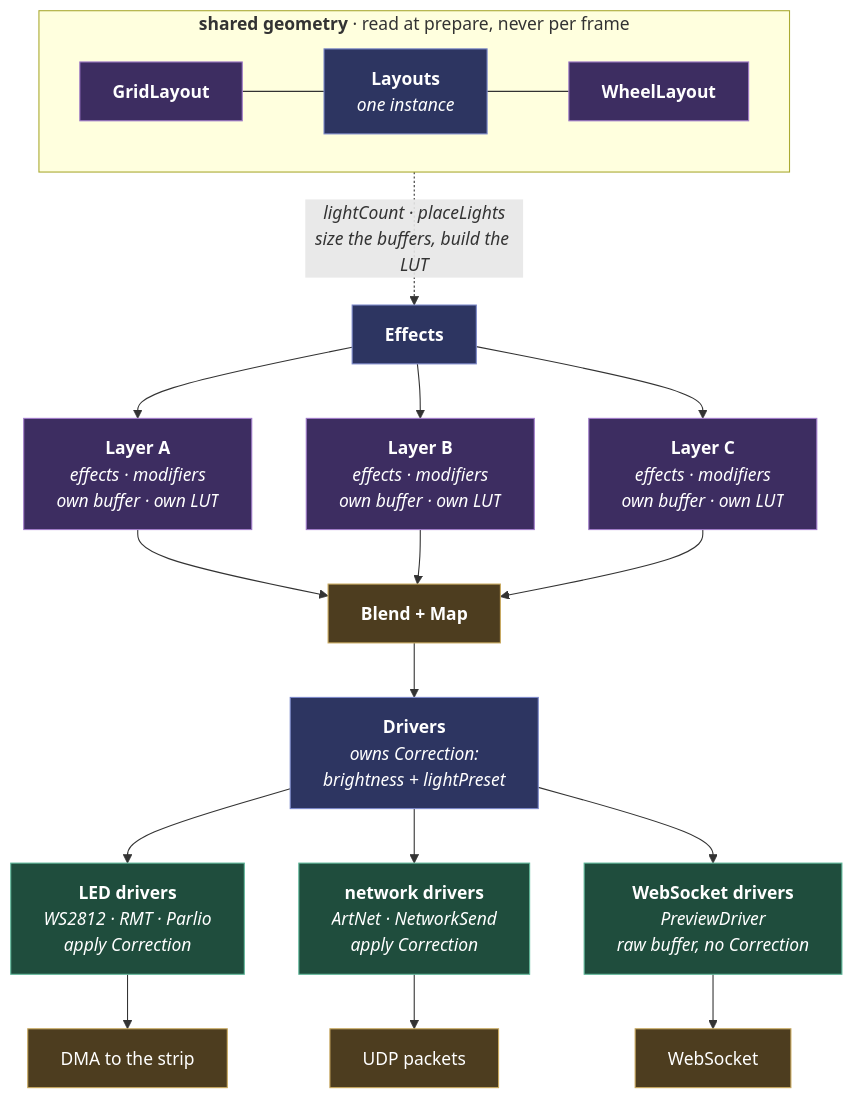
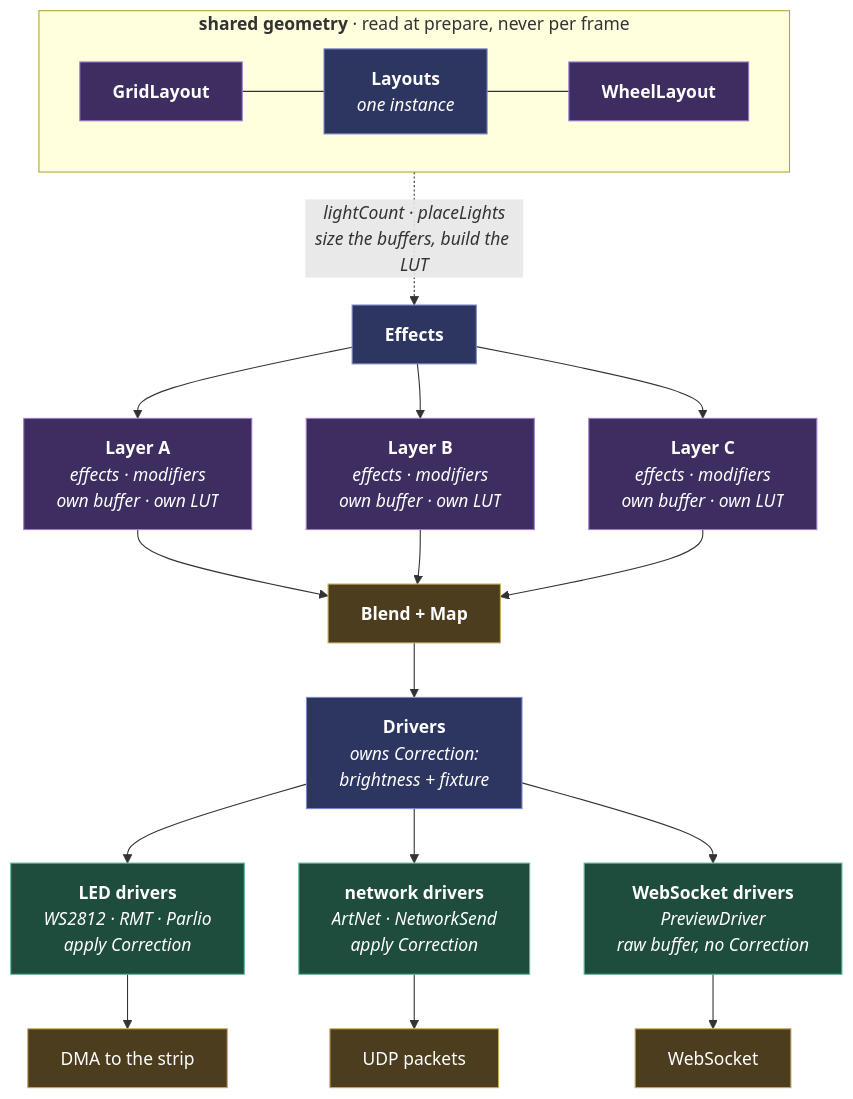
Before and after one commit to MoonModules/MoonLight: the diagram in docs/explanation/architecture/moonlight.md, drawn with Mermaid. The commit also changed other lines of this file and 86 other files, not shown here.

````diff
--- a/docs/explanation/architecture/moonlight.md
+++ b/docs/explanation/architecture/moonlight.md
@@ -11,43 +11,43 @@
 ```mermaid
 flowchart TB
     subgraph shared["<b>shared geometry</b> · read at prepare, never per frame"]
         direction LR
         grid["<b>GridLayout</b>"]
         layouts["<b>Layouts</b><br/><i>one instance</i>"]
         wheel["<b>WheelLayout</b>"]
         grid --- layouts --- wheel
     end
 
     effects["<b>Effects</b>"]
     shared -.->|"<i>lightCount · placeLights<br/>size the buffers, build the LUT</i>"| effects
 
     a["<b>Layer A</b><br/><i>effects · modifiers</i><br/><i>own buffer · own LUT</i>"]
     b["<b>Layer B</b><br/><i>effects · modifiers</i><br/><i>own buffer · own LUT</i>"]
     c["<b>Layer C</b><br/><i>effects · modifiers</i><br/><i>own buffer · own LUT</i>"]
     effects --> a & b & c
 
     blend["<b>Blend + Map</b>"]
     a & b & c --> blend
 
-    drivers["<b>Drivers</b><br/><i>owns Correction:<br/>brightness + lightPreset</i>"]
+    drivers["<b>Drivers</b><br/><i>owns Correction:<br/>brightness + fixture</i>"]
     blend --> drivers
 
     led["<b>LED drivers</b><br/><i>WS2812 · RMT · Parlio</i><br/><i>apply Correction</i>"]
     net["<b>network drivers</b><br/><i>ArtNet · NetworkSend</i><br/><i>apply Correction</i>"]
     prev["<b>WebSocket drivers</b><br/><i>PreviewDriver</i><br/><i>raw buffer, no Correction</i>"]
     drivers --> led & net & prev
 
     led --> dma["DMA to the strip"]
     net --> udp["UDP packets"]
     prev --> sock["WebSocket"]
 
     classDef po fill:#2d3561,stroke:#7b88c9,color:#fff
     classDef agent fill:#3d2d61,stroke:#a07bc9,color:#fff
     classDef check fill:#1f4d3d,stroke:#5fb89a,color:#fff
     classDef gate fill:#4d3d1f,stroke:#c9a95f,color:#fff
     class layouts,effects,drivers po
     class grid,wheel,a,b,c agent
     class blend gate
     class led,net,prev check
     class dma,udp,sock gate
 ```
````
